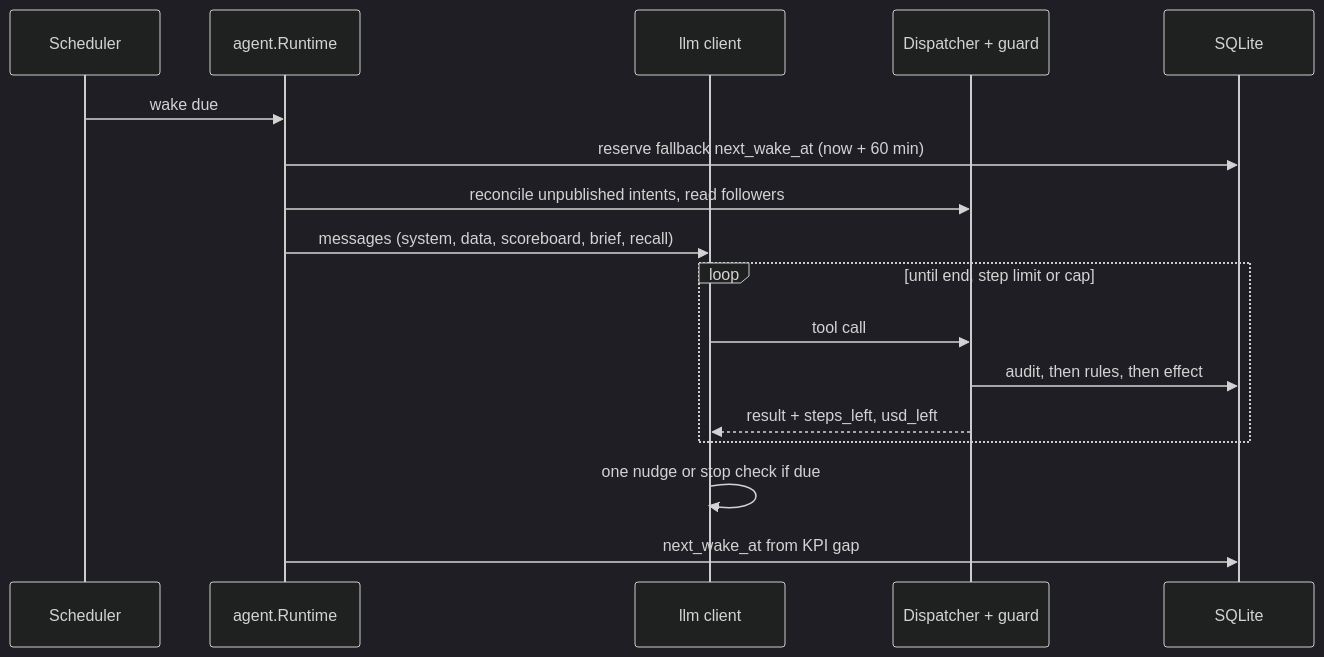
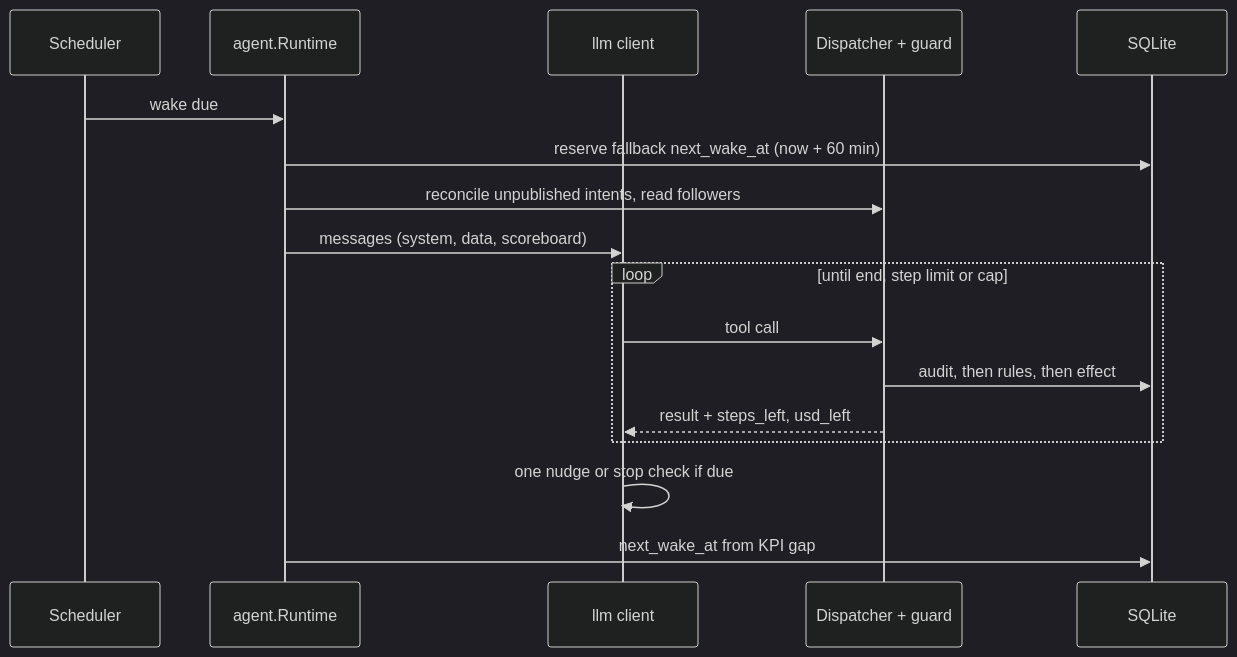
The diagram in docs/wake.md (canhta/threadwalker), drawn with Mermaid (dark theme) before and after one commit. The commit also changed other lines of this file and 14 other files, not shown here.

````diff
--- a/docs/wake.md
+++ b/docs/wake.md
@@ -7,19 +7,19 @@
 ```mermaid
 sequenceDiagram
   participant S as Scheduler
   participant R as agent.Runtime
   participant L as llm client
   participant D as Dispatcher + guard
   participant DB as SQLite
   S->>R: wake due
   R->>DB: reserve fallback next_wake_at (now + 60 min)
   R->>D: reconcile unpublished intents, read followers
-  R->>L: messages (system, data, scoreboard, brief, recall)
+  R->>L: messages (system, data, scoreboard)
   loop until end, step limit or cap
     L->>D: tool call
     D->>DB: audit, then rules, then effect
     D-->>L: result + steps_left, usd_left
   end
   L->>L: one nudge or stop check if due
   R->>DB: next_wake_at from KPI gap
 ```
````
